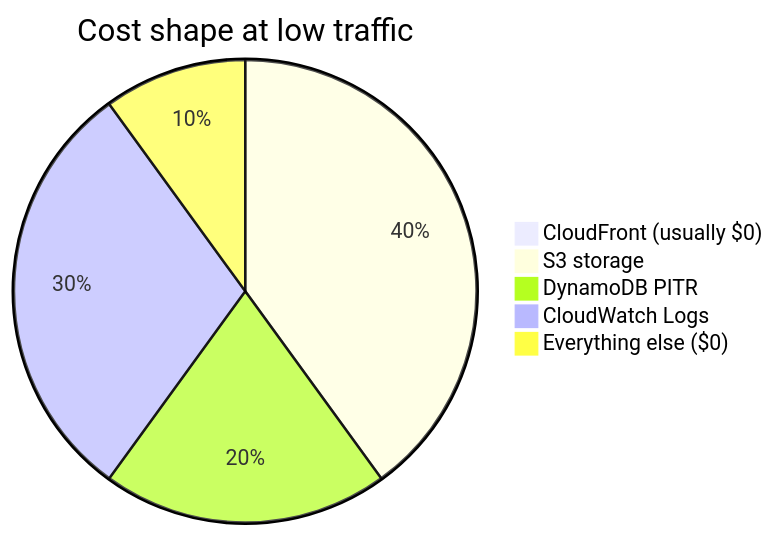
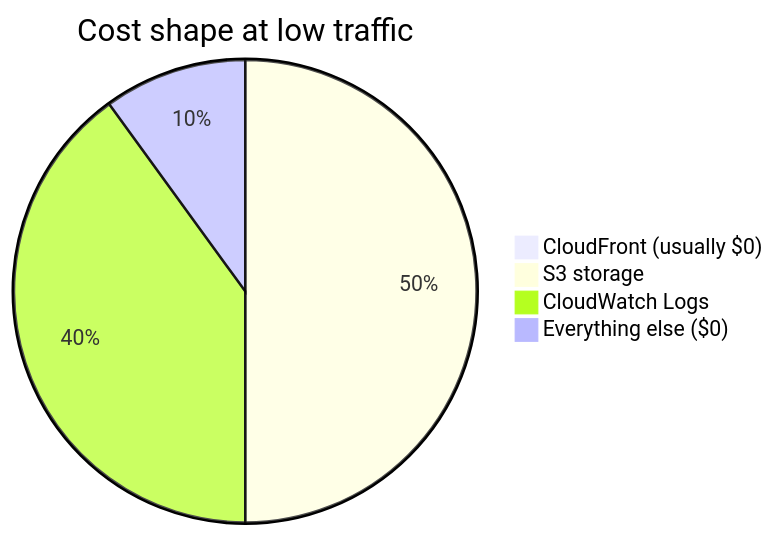
Before and after one commit to vasichkin/aws-zero-cost-hosting: the diagram in docs/budget.md, drawn with Mermaid. The commit also changed other lines of this file and 19 other files, not shown here.

````diff
--- a/docs/budget.md
+++ b/docs/budget.md
@@ -162,8 +144,7 @@
 ```mermaid
 pie title Cost shape at low traffic
     "CloudFront (usually $0)" : 0
-    "S3 storage" : 40
-    "DynamoDB PITR" : 20
-    "CloudWatch Logs" : 30
+    "S3 storage" : 50
+    "CloudWatch Logs" : 40
     "Everything else ($0)" : 10
 ```
````
